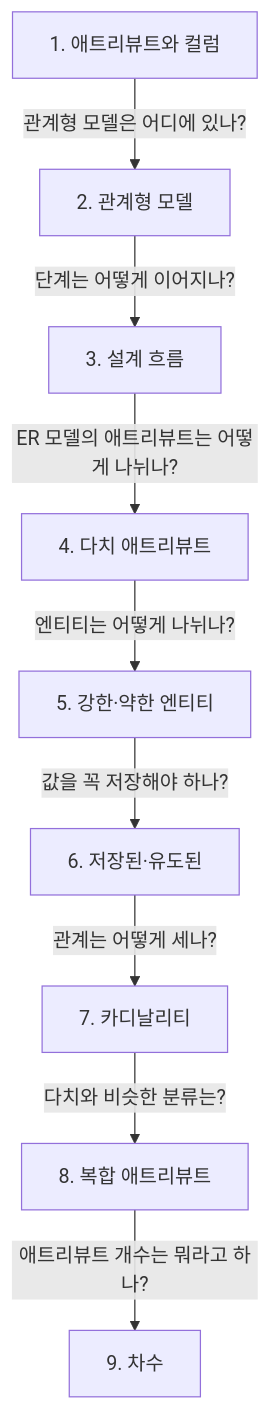
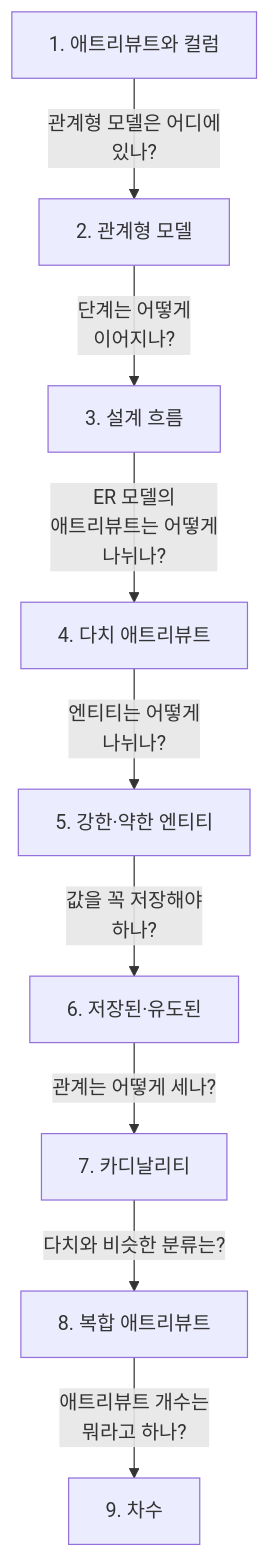
One commit to ChildrenAon/TIL changed the diagram in 2026/November/11-04.md. Above: the diagram before and after it, drawn with Mermaid. The commit also changed 5 other files, not shown here.

````diff
--- a/2026/November/11-04.md
+++ b/2026/November/11-04.md
@@ -18,11 +18,11 @@
 ```mermaid
 flowchart TD
-  A["1. 애트리뷰트와 컬럼"] -->|"관계형 모델은 어디에 있나?"| B["2. 관계형 모델"]
-  B -->|"단계는 어떻게 이어지나?"| C["3. 설계 흐름"]
-  C -->|"ER 모델의 애트리뷰트는 어떻게 나뉘나?"| D["4. 다치 애트리뷰트"]
-  D -->|"엔티티는 어떻게 나뉘나?"| E["5. 강한·약한 엔티티"]
-  E -->|"값을 꼭 저장해야 하나?"| F["6. 저장된·유도된"]
+  A["1. 애트리뷰트와 컬럼"] -->|"관계형 모델은 어디에<br/>있나?"| B["2. 관계형 모델"]
+  B -->|"단계는 어떻게<br/>이어지나?"| C["3. 설계 흐름"]
+  C -->|"ER 모델의<br/>애트리뷰트는 어떻게<br/>나뉘나?"| D["4. 다치 애트리뷰트"]
+  D -->|"엔티티는 어떻게<br/>나뉘나?"| E["5. 강한·약한 엔티티"]
+  E -->|"값을 꼭 저장해야<br/>하나?"| F["6. 저장된·유도된"]
   F -->|"관계는 어떻게 세나?"| G["7. 카디날리티"]
   G -->|"다치와 비슷한 분류는?"| H["8. 복합 애트리뷰트"]
-  H -->|"애트리뷰트 개수는 뭐라고 하나?"| I["9. 차수"]
+  H -->|"애트리뷰트 개수는<br/>뭐라고 하나?"| I["9. 차수"]
 ```
````
